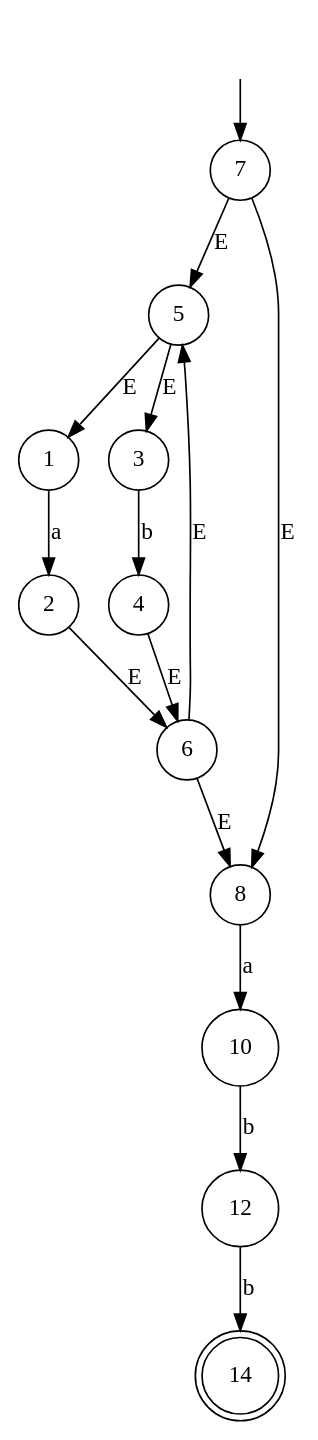
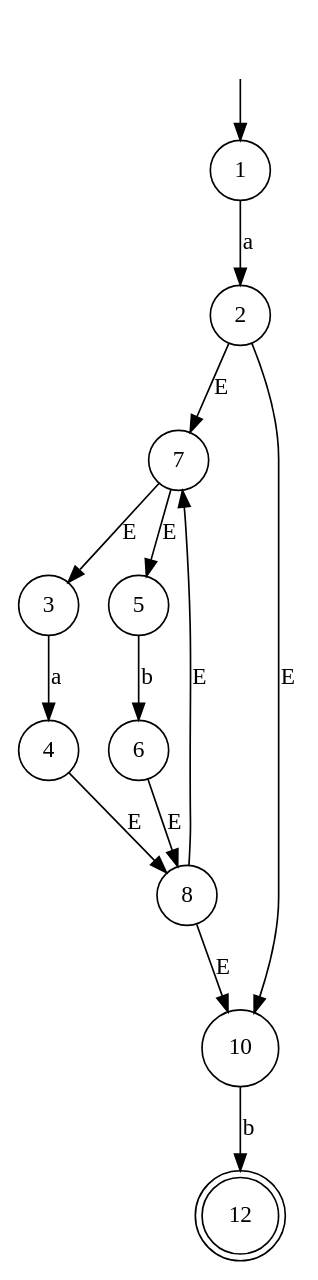
The diagram in dots/nfa.dot (ihewro/qt-lexical-analyzer), drawn with Graphviz before and after one commit. The commit also changed 7 other files, not shown here.

```diff
--- a/dots/nfa.dot
+++ b/dots/nfa.dot
@@ -1,29 +1,27 @@
 digraph G{
     ""[shape=none]
     "1"[shape=circle]
     "2"[shape=circle]
     "3"[shape=circle]
     "4"[shape=circle]
     "5"[shape=circle]
     "6"[shape=circle]
     "7"[shape=circle]
     "8"[shape=circle]
     "10"[shape=circle]
-    "12"[shape=circle]
-    "14"[shape=doublecircle]
+    "12"[shape=doublecircle]
 
-    ""->"7"
+    ""->"1"
     "1" -> 2[label="a"]
-    "2" -> 6[label="E"]
-    "3" -> 4[label="b"]
-    "4" -> 6[label="E"]
-    "5" -> 1[label="E"]
-    "5" -> 3[label="E"]
-    "6" -> 5[label="E"]
+    "2" -> 7[label="E"]
+    "2" -> 10[label="E"]
+    "3" -> 4[label="a"]
+    "4" -> 8[label="E"]
+    "5" -> 6[label="b"]
     "6" -> 8[label="E"]
+    "7" -> 3[label="E"]
     "7" -> 5[label="E"]
-    "7" -> 8[label="E"]
-    "8" -> 10[label="a"]
+    "8" -> 7[label="E"]
+    "8" -> 10[label="E"]
     "10" -> 12[label="b"]
-    "12" -> 14[label="b"]
 }
```
